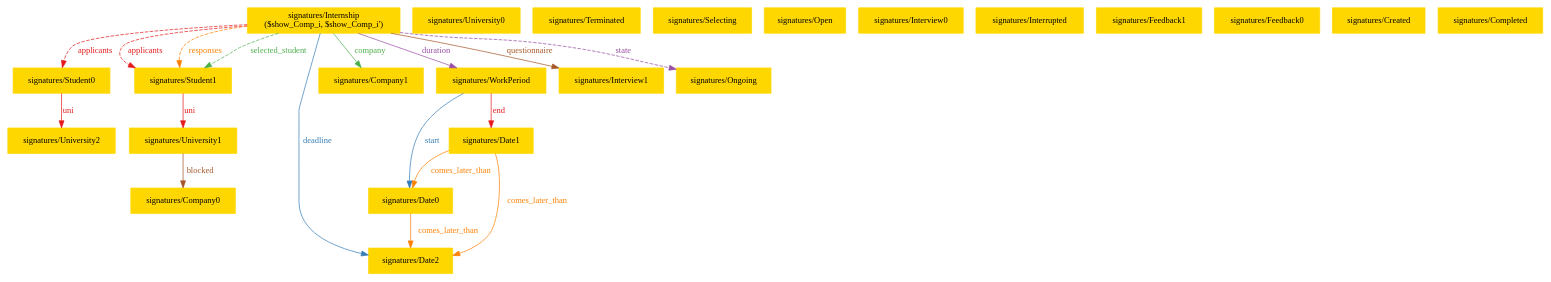
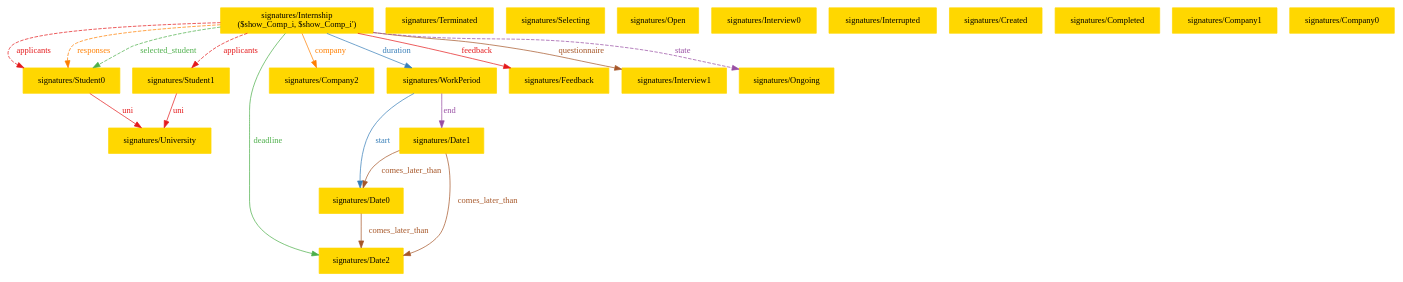
Before and after one commit to lorenzo-cmyk/PF_INGSW2_2024_25: the diagram in RASD/sources/Images/Alloy_images/Alloy_1-4.dot, drawn with Graphviz. The commit also changed 4 other files, not shown here.

```diff
--- a/RASD/sources/Images/Alloy_images/Alloy_1-4.dot
+++ b/RASD/sources/Images/Alloy_images/Alloy_1-4.dot
@@ -1,46 +1,44 @@
 digraph "graph" {
 graph [fontsize=12]
 node [fontsize=12]
 edge [fontsize=12]
 rankdir=TB;
-"N22" -> "N11" [uuid = "<signatures/Internship, signatures/Student0>", color = "#e41a1c", fontcolor = "#e41a1c", style = "dashed", label = "applicants", dir = "forward", weight = "1"]
-"N22" -> "N21" [uuid = "<signatures/Internship, signatures/Student1>", color = "#e41a1c", fontcolor = "#e41a1c", style = "dashed", label = "applicants", dir = "forward", weight = "1"]
-"N20" -> "N19" [uuid = "<signatures/University1, signatures/Company0>", color = "#a65628", fontcolor = "#a65628", style = "solid", label = "blocked", dir = "forward", weight = "1"]
-"N16" -> "N15" [uuid = "<signatures/Date0, signatures/Date2>", color = "#ff7f00", fontcolor = "#ff7f00", style = "solid", label = "comes_later_than", dir = "forward", weight = "1"]
-"N17" -> "N16" [uuid = "<signatures/Date1, signatures/Date0>", color = "#ff7f00", fontcolor = "#ff7f00", style = "solid", label = "comes_later_than", dir = "forward", weight = "1"]
-"N17" -> "N15" [uuid = "<signatures/Date1, signatures/Date2>", color = "#ff7f00", fontcolor = "#ff7f00", style = "solid", label = "comes_later_than", dir = "forward", weight = "1"]
-"N22" -> "N14" [uuid = "<signatures/Internship, signatures/Company1>", color = "#4daf4a", fontcolor = "#4daf4a", style = "solid", label = "company", dir = "forward", weight = "1"]
-"N22" -> "N15" [uuid = "<signatures/Internship, signatures/Date2>", color = "#377eb8", fontcolor = "#377eb8", style = "solid", label = "deadline", dir = "forward", weight = "1"]
-"N22" -> "N18" [uuid = "<signatures/Internship, signatures/WorkPeriod>", color = "#984ea3", fontcolor = "#984ea3", style = "solid", label = "duration", dir = "forward", weight = "1"]
-"N18" -> "N17" [uuid = "<signatures/WorkPeriod, signatures/Date1>", color = "#e41a1c", fontcolor = "#e41a1c", style = "solid", label = "end", dir = "forward", weight = "1"]
-"N22" -> "N13" [uuid = "<signatures/Internship, signatures/Interview1>", color = "#a65628", fontcolor = "#a65628", style = "solid", label = "questionnaire", dir = "forward", weight = "1"]
-"N22" -> "N21" [uuid = "<signatures/Internship, signatures/Student1>", color = "#ff7f00", fontcolor = "#ff7f00", style = "dashed", label = "responses", dir = "forward", weight = "1"]
-"N22" -> "N21" [uuid = "<signatures/Internship, signatures/Student1>", color = "#4daf4a", fontcolor = "#4daf4a", style = "dashed", label = "selected_student", dir = "forward", weight = "1"]
-"N18" -> "N16" [uuid = "<signatures/WorkPeriod, signatures/Date0>", color = "#377eb8", fontcolor = "#377eb8", style = "solid", label = "start", dir = "forward", weight = "1"]
-"N22" -> "N12" [uuid = "<signatures/Internship, signatures/Ongoing>", color = "#984ea3", fontcolor = "#984ea3", style = "dashed", label = "state", dir = "forward", weight = "1"]
-"N11" -> "N10" [uuid = "<signatures/Student0, signatures/University2>", color = "#e41a1c", fontcolor = "#e41a1c", style = "solid", label = "uni", dir = "forward", weight = "1"]
-"N21" -> "N20" [uuid = "<signatures/Student1, signatures/University1>", color = "#e41a1c", fontcolor = "#e41a1c", style = "solid", label = "uni", dir = "forward", weight = "1"]
-"N0" [uuid="signatures/University0", label="signatures/University0", color="#ffd700", fontcolor = "#000000", shape = "box", style = "filled, solid"]
-"N1" [uuid="signatures/Terminated", label="signatures/Terminated", color="#ffd700", fontcolor = "#000000", shape = "box", style = "filled, solid"]
-"N2" [uuid="signatures/Selecting", label="signatures/Selecting", color="#ffd700", fontcolor = "#000000", shape = "box", style = "filled, solid"]
-"N3" [uuid="signatures/Open", label="signatures/Open", color="#ffd700", fontcolor = "#000000", shape = "box", style = "filled, solid"]
-"N4" [uuid="signatures/Interview0", label="signatures/Interview0", color="#ffd700", fontcolor = "#000000", shape = "box", style = "filled, solid"]
-"N5" [uuid="signatures/Interrupted", label="signatures/Interrupted", color="#ffd700", fontcolor = "#000000", shape = "box", style = "filled, solid"]
-"N6" [uuid="signatures/Feedback1", label="signatures/Feedback1", color="#ffd700", fontcolor = "#000000", shape = "box", style = "filled, solid"]
-"N7" [uuid="signatures/Feedback0", label="signatures/Feedback0", color="#ffd700", fontcolor = "#000000", shape = "box", style = "filled, solid"]
-"N8" [uuid="signatures/Created", label="signatures/Created", color="#ffd700", fontcolor = "#000000", shape = "box", style = "filled, solid"]
-"N9" [uuid="signatures/Completed", label="signatures/Completed", color="#ffd700", fontcolor = "#000000", shape = "box", style = "filled, solid"]
-"N10" [uuid="signatures/University2", label="signatures/University2", color="#ffd700", fontcolor = "#000000", shape = "box", style = "filled, solid"]
-"N11" [uuid="signatures/Student0", label="signatures/Student0", color="#ffd700", fontcolor = "#000000", shape = "box", style = "filled, solid"]
+"N20" -> "N10" [uuid = "<signatures/Internship, signatures/Student0>", color = "#e41a1c", fontcolor = "#e41a1c", style = "dashed", label = "applicants", dir = "forward", weight = "1"]
+"N20" -> "N11" [uuid = "<signatures/Internship, signatures/Student1>", color = "#e41a1c", fontcolor = "#e41a1c", style = "dashed", label = "applicants", dir = "forward", weight = "1"]
+"N17" -> "N16" [uuid = "<signatures/Date0, signatures/Date2>", color = "#a65628", fontcolor = "#a65628", style = "solid", label = "comes_later_than", dir = "forward", weight = "1"]
+"N18" -> "N17" [uuid = "<signatures/Date1, signatures/Date0>", color = "#a65628", fontcolor = "#a65628", style = "solid", label = "comes_later_than", dir = "forward", weight = "1"]
+"N18" -> "N16" [uuid = "<signatures/Date1, signatures/Date2>", color = "#a65628", fontcolor = "#a65628", style = "solid", label = "comes_later_than", dir = "forward", weight = "1"]
+"N20" -> "N15" [uuid = "<signatures/Internship, signatures/Company2>", color = "#ff7f00", fontcolor = "#ff7f00", style = "solid", label = "company", dir = "forward", weight = "1"]
+"N20" -> "N16" [uuid = "<signatures/Internship, signatures/Date2>", color = "#4daf4a", fontcolor = "#4daf4a", style = "solid", label = "deadline", dir = "forward", weight = "1"]
+"N20" -> "N19" [uuid = "<signatures/Internship, signatures/WorkPeriod>", color = "#377eb8", fontcolor = "#377eb8", style = "solid", label = "duration", dir = "forward", weight = "1"]
+"N19" -> "N18" [uuid = "<signatures/WorkPeriod, signatures/Date1>", color = "#984ea3", fontcolor = "#984ea3", style = "solid", label = "end", dir = "forward", weight = "1"]
+"N20" -> "N14" [uuid = "<signatures/Internship, signatures/Feedback>", color = "#e41a1c", fontcolor = "#e41a1c", style = "solid", label = "feedback", dir = "forward", weight = "1"]
+"N20" -> "N13" [uuid = "<signatures/Internship, signatures/Interview1>", color = "#a65628", fontcolor = "#a65628", style = "solid", label = "questionnaire", dir = "forward", weight = "1"]
+"N20" -> "N10" [uuid = "<signatures/Internship, signatures/Student0>", color = "#ff7f00", fontcolor = "#ff7f00", style = "dashed", label = "responses", dir = "forward", weight = "1"]
+"N20" -> "N10" [uuid = "<signatures/Internship, signatures/Student0>", color = "#4daf4a", fontcolor = "#4daf4a", style = "dashed", label = "selected_student", dir = "forward", weight = "1"]
+"N19" -> "N17" [uuid = "<signatures/WorkPeriod, signatures/Date0>", color = "#377eb8", fontcolor = "#377eb8", style = "solid", label = "start", dir = "forward", weight = "1"]
+"N20" -> "N12" [uuid = "<signatures/Internship, signatures/Ongoing>", color = "#984ea3", fontcolor = "#984ea3", style = "dashed", label = "state", dir = "forward", weight = "1"]
+"N10" -> "N9" [uuid = "<signatures/Student0, signatures/University>", color = "#e41a1c", fontcolor = "#e41a1c", style = "solid", label = "uni", dir = "forward", weight = "1"]
+"N11" -> "N9" [uuid = "<signatures/Student1, signatures/University>", color = "#e41a1c", fontcolor = "#e41a1c", style = "solid", label = "uni", dir = "forward", weight = "1"]
+"N0" [uuid="signatures/Terminated", label="signatures/Terminated", color="#ffd700", fontcolor = "#000000", shape = "box", style = "filled, solid"]
+"N1" [uuid="signatures/Selecting", label="signatures/Selecting", color="#ffd700", fontcolor = "#000000", shape = "box", style = "filled, solid"]
+"N2" [uuid="signatures/Open", label="signatures/Open", color="#ffd700", fontcolor = "#000000", shape = "box", style = "filled, solid"]
+"N3" [uuid="signatures/Interview0", label="signatures/Interview0", color="#ffd700", fontcolor = "#000000", shape = "box", style = "filled, solid"]
+"N4" [uuid="signatures/Interrupted", label="signatures/Interrupted", color="#ffd700", fontcolor = "#000000", shape = "box", style = "filled, solid"]
+"N5" [uuid="signatures/Created", label="signatures/Created", color="#ffd700", fontcolor = "#000000", shape = "box", style = "filled, solid"]
+"N6" [uuid="signatures/Completed", label="signatures/Completed", color="#ffd700", fontcolor = "#000000", shape = "box", style = "filled, solid"]
+"N7" [uuid="signatures/Company1", label="signatures/Company1", color="#ffd700", fontcolor = "#000000", shape = "box", style = "filled, solid"]
+"N8" [uuid="signatures/Company0", label="signatures/Company0", color="#ffd700", fontcolor = "#000000", shape = "box", style = "filled, solid"]
+"N9" [uuid="signatures/University", label="signatures/University", color="#ffd700", fontcolor = "#000000", shape = "box", style = "filled, solid"]
+"N10" [uuid="signatures/Student0", label="signatures/Student0", color="#ffd700", fontcolor = "#000000", shape = "box", style = "filled, solid"]
+"N11" [uuid="signatures/Student1", label="signatures/Student1", color="#ffd700", fontcolor = "#000000", shape = "box", style = "filled, solid"]
 "N12" [uuid="signatures/Ongoing", label="signatures/Ongoing", color="#ffd700", fontcolor = "#000000", shape = "box", style = "filled, solid"]
 "N13" [uuid="signatures/Interview1", label="signatures/Interview1", color="#ffd700", fontcolor = "#000000", shape = "box", style = "filled, solid"]
-"N14" [uuid="signatures/Company1", label="signatures/Company1", color="#ffd700", fontcolor = "#000000", shape = "box", style = "filled, solid"]
-"N15" [uuid="signatures/Date2", label="signatures/Date2", color="#ffd700", fontcolor = "#000000", shape = "box", style = "filled, solid"]
-"N16" [uuid="signatures/Date0", label="signatures/Date0", color="#ffd700", fontcolor = "#000000", shape = "box", style = "filled, solid"]
-"N17" [uuid="signatures/Date1", label="signatures/Date1", color="#ffd700", fontcolor = "#000000", shape = "box", style = "filled, solid"]
-"N18" [uuid="signatures/WorkPeriod", label="signatures/WorkPeriod", color="#ffd700", fontcolor = "#000000", shape = "box", style = "filled, solid"]
-"N19" [uuid="signatures/Company0", label="signatures/Company0", color="#ffd700", fontcolor = "#000000", shape = "box", style = "filled, solid"]
-"N20" [uuid="signatures/University1", label="signatures/University1", color="#ffd700", fontcolor = "#000000", shape = "box", style = "filled, solid"]
-"N21" [uuid="signatures/Student1", label="signatures/Student1", color="#ffd700", fontcolor = "#000000", shape = "box", style = "filled, solid"]
-"N22" [uuid="signatures/Internship", label="signatures/Internship\n($show_Comp_i, $show_Comp_i')", color="#ffd700", fontcolor = "#000000", shape = "box", style = "filled, solid"]
+"N14" [uuid="signatures/Feedback", label="signatures/Feedback", color="#ffd700", fontcolor = "#000000", shape = "box", style = "filled, solid"]
+"N15" [uuid="signatures/Company2", label="signatures/Company2", color="#ffd700", fontcolor = "#000000", shape = "box", style = "filled, solid"]
+"N16" [uuid="signatures/Date2", label="signatures/Date2", color="#ffd700", fontcolor = "#000000", shape = "box", style = "filled, solid"]
+"N17" [uuid="signatures/Date0", label="signatures/Date0", color="#ffd700", fontcolor = "#000000", shape = "box", style = "filled, solid"]
+"N18" [uuid="signatures/Date1", label="signatures/Date1", color="#ffd700", fontcolor = "#000000", shape = "box", style = "filled, solid"]
+"N19" [uuid="signatures/WorkPeriod", label="signatures/WorkPeriod", color="#ffd700", fontcolor = "#000000", shape = "box", style = "filled, solid"]
+"N20" [uuid="signatures/Internship", label="signatures/Internship\n($show_Comp_i, $show_Comp_i')", color="#ffd700", fontcolor = "#000000", shape = "box", style = "filled, solid"]
 }
```
